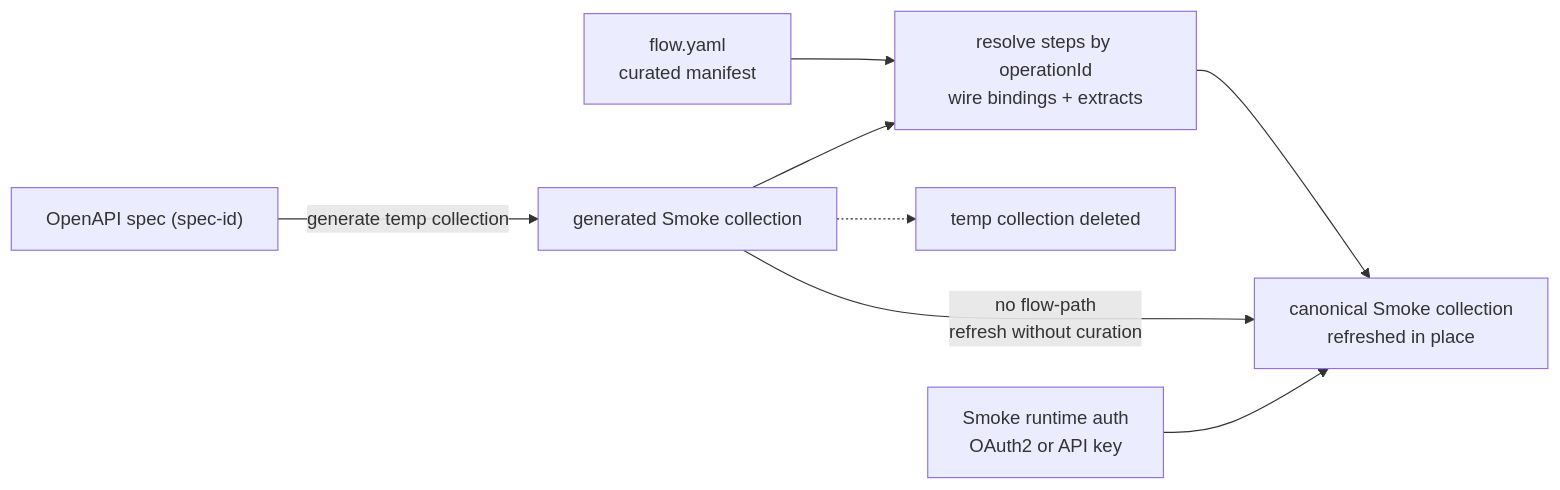
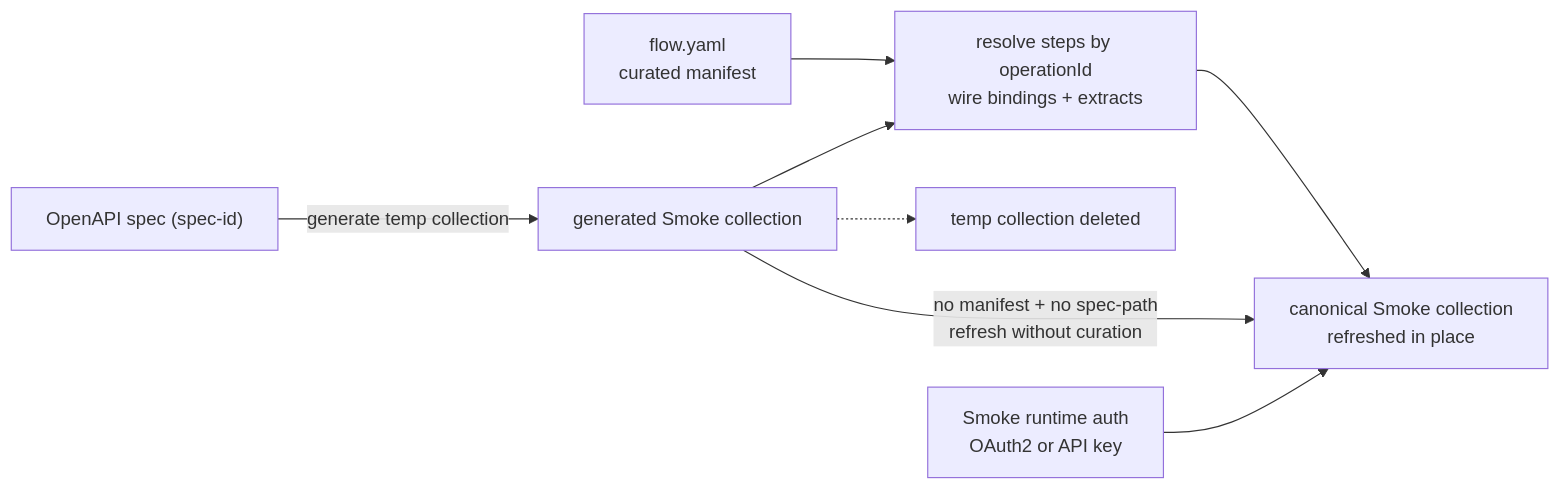
One commit to postman-cs/postman-smoke-flow-action changed the diagram in README.md. Above: the diagram before and after it, drawn with Mermaid. The commit also changed other lines of this file and 18 other files, not shown here.

First line of the commit message:
feat(flow)!: converge derived flows onto flow.yaml and drop the derived-flow-json output

````diff
--- a/README.md
+++ b/README.md
@@ -275,10 +276,10 @@
 ```mermaid
 flowchart LR
     M["flow.yaml<br/>curated manifest"] --> R
     S["OpenAPI spec (spec-id)"] -->|"generate temp collection"| G["generated Smoke collection"]
     G --> R["resolve steps by operationId<br/>wire bindings + extracts"]
     R --> C["canonical Smoke collection<br/>refreshed in place"]
-    G -->|"no flow-path<br/>refresh without curation"| C
+    G -->|"no manifest + no spec-path<br/>refresh without curation"| C
     G -.-> T["temp collection deleted"]
     O["Smoke runtime auth<br/>OAuth2 or API key"] --> C
 ```
````
